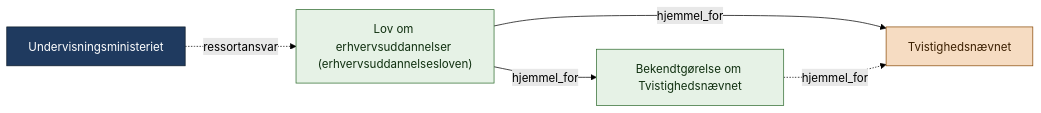
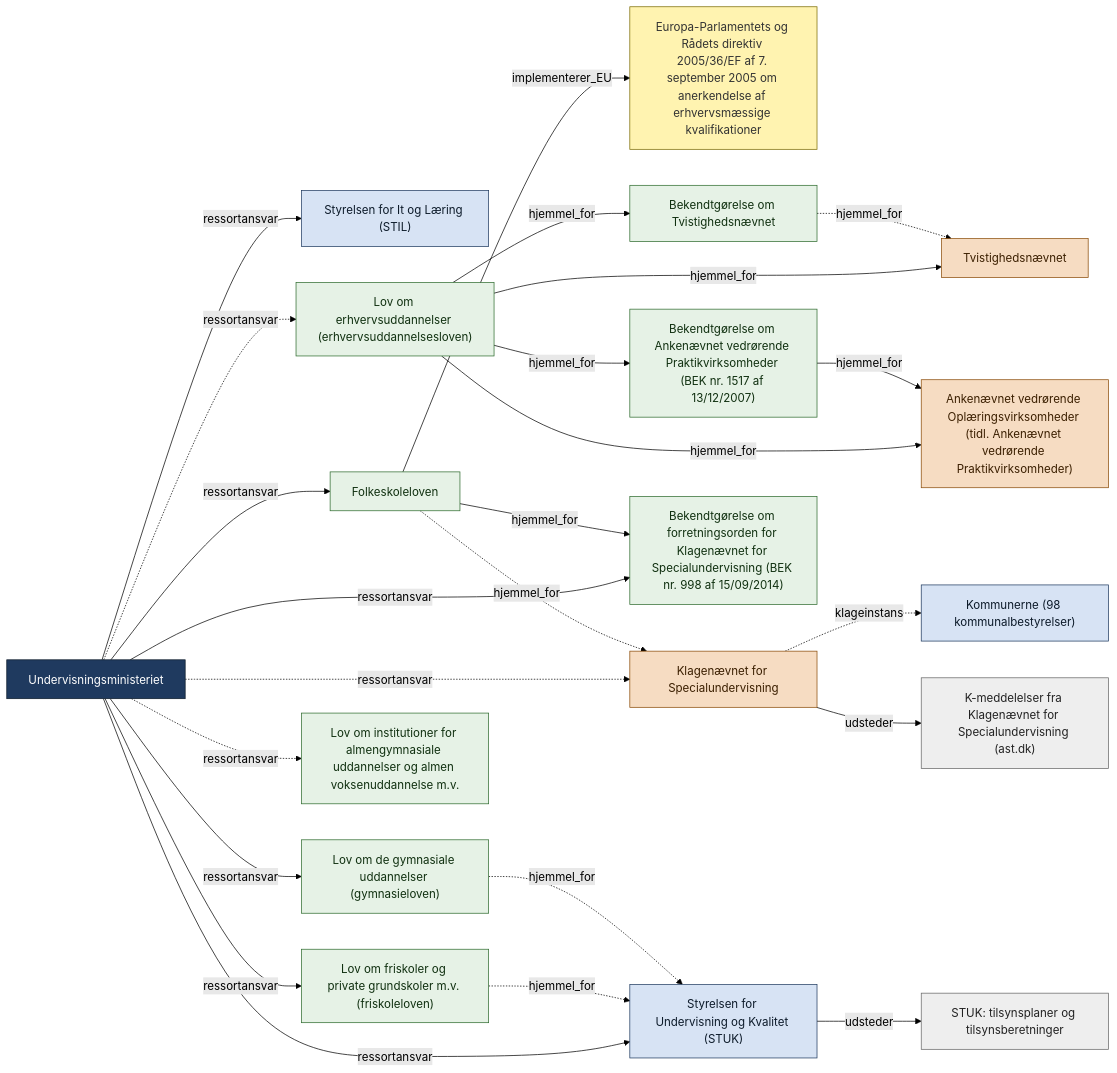
Before and after one commit to jakob1379/br18: the diagram in legoleze/dk-regulering/diagrammer/min-undervisning.md, drawn with Mermaid (forest theme). The commit also changed other lines of this file and 32 other files, not shown here.

````diff
--- a/legoleze/dk-regulering/diagrammer/min-undervisning.md
+++ b/legoleze/dk-regulering/diagrammer/min-undervisning.md
@@ -8,18 +8,51 @@
 ```mermaid
 flowchart LR
     classDef ministerium fill:#1f3a5f,stroke:#0d1b2a,color:#fff
     classDef instans fill:#d7e3f4,stroke:#1f3a5f,color:#0d1b2a
     classDef klage fill:#f6dcc2,stroke:#8a4b08,color:#3b1f00
     classDef retsakt fill:#e6f2e6,stroke:#2e6b2e,color:#103010
     classDef eu fill:#fff3b0,stroke:#7a6a00,color:#333
     classDef kilde fill:#eee,stroke:#666,color:#222
     classDef nedlagt fill:#fff,stroke:#999,color:#999,stroke-dasharray:4 3
     min_undervisning["Undervisningsministeriet"]:::ministerium
+    eu_dir_2005_36["Europa-Parlamentets og Rådets direktiv 2005/36/EF af 7. september 2005 om anerkendelse af erhvervsmæssige kvalifikationer"]:::eu
+    kommune_alle["Kommunerne (98 kommunalbestyrelser)"]:::instans
+    sty_stil["Styrelsen for It og Læring (STIL)"]:::instans
+    sty_stuk["Styrelsen for Undervisning og Kvalitet (STUK)"]:::instans
+    kilde_k_meddelelser_specialundervisning["K-meddelelser fra Klagenævnet for Specialundervisning (ast.dk)"]:::kilde
+    kilde_stuk_tilsynsberetninger["STUK: tilsynsplaner og tilsynsberetninger"]:::kilde
+    naevn_ankenaevn_oplaeringsvirksomheder["Ankenævnet vedrørende Oplæringsvirksomheder (tidl. Ankenævnet vedrørende Praktikvirksomheder)"]:::klage
+    naevn_klagenaevnet_specialundervisning["Klagenævnet for Specialundervisning"]:::klage
     naevn_tvistighedsnaevnet["Tvistighedsnævnet"]:::klage
+    bek_ankenaevn_praktikvirksomheder["Bekendtgørelse om Ankenævnet vedrørende Praktikvirksomheder (BEK nr. 1517 af 13/12/2007)"]:::retsakt
     bek_tvistighedsnaevnet["Bekendtgørelse om Tvistighedsnævnet"]:::retsakt
+    bek_forretningsorden_klagenaevnet_specialundervisning["Bekendtgørelse om forretningsorden for Klagenævnet for Specialundervisning (BEK nr. 998 af 15/09/2014)"]:::retsakt
+    lov_folkeskoleloven["Folkeskoleloven"]:::retsakt
+    lov_gymnasieloven["Lov om de gymnasiale uddannelser (gymnasieloven)"]:::retsakt
     lov_erhvervsuddannelser["Lov om erhvervsuddannelser (erhvervsuddannelsesloven)"]:::retsakt
+    lov_friskoleloven["Lov om friskoler og private grundskoler m.v. (friskoleloven)"]:::retsakt
+    lov_institutioner_almengymnasiale["Lov om institutioner for almengymnasiale uddannelser og almen voksenuddannelse m.v."]:::retsakt
     min_undervisning -.->|ressortansvar| lov_erhvervsuddannelser
     lov_erhvervsuddannelser -->|hjemmel_for| naevn_tvistighedsnaevnet
     lov_erhvervsuddannelser -->|hjemmel_for| bek_tvistighedsnaevnet
+    min_undervisning -->|ressortansvar| sty_stuk
+    min_undervisning -->|ressortansvar| sty_stil
+    min_undervisning -.->|ressortansvar| naevn_klagenaevnet_specialundervisning
+    min_undervisning -->|ressortansvar| bek_forretningsorden_klagenaevnet_specialundervisning
+    min_undervisning -->|ressortansvar| lov_folkeskoleloven
+    min_undervisning -->|ressortansvar| lov_friskoleloven
+    min_undervisning -->|ressortansvar| lov_gymnasieloven
+    min_undervisning -.->|ressortansvar| lov_institutioner_almengymnasiale
+    lov_folkeskoleloven -.->|hjemmel_for| naevn_klagenaevnet_specialundervisning
+    lov_folkeskoleloven -->|hjemmel_for| bek_forretningsorden_klagenaevnet_specialundervisning
+    naevn_klagenaevnet_specialundervisning -.->|klageinstans| kommune_alle
+    sty_stuk -->|udsteder| kilde_stuk_tilsynsberetninger
+    naevn_klagenaevnet_specialundervisning -->|udsteder| kilde_k_meddelelser_specialundervisning
+    lov_erhvervsuddannelser -->|hjemmel_for| naevn_ankenaevn_oplaeringsvirksomheder
+    lov_erhvervsuddannelser -->|hjemmel_for| bek_ankenaevn_praktikvirksomheder
+    lov_friskoleloven -.->|hjemmel_for| sty_stuk
+    lov_gymnasieloven -.->|hjemmel_for| sty_stuk
+    lov_folkeskoleloven -->|implementerer_EU| eu_dir_2005_36
     bek_tvistighedsnaevnet -.->|hjemmel_for| naevn_tvistighedsnaevnet
+    bek_ankenaevn_praktikvirksomheder -->|hjemmel_for| naevn_ankenaevn_oplaeringsvirksomheder
 ```
````
